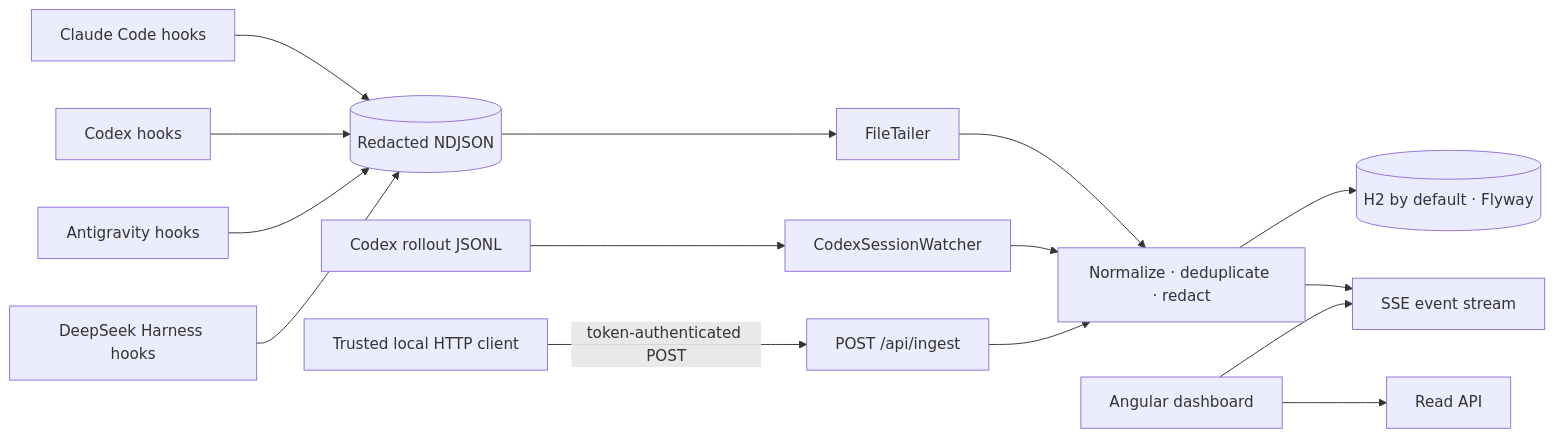
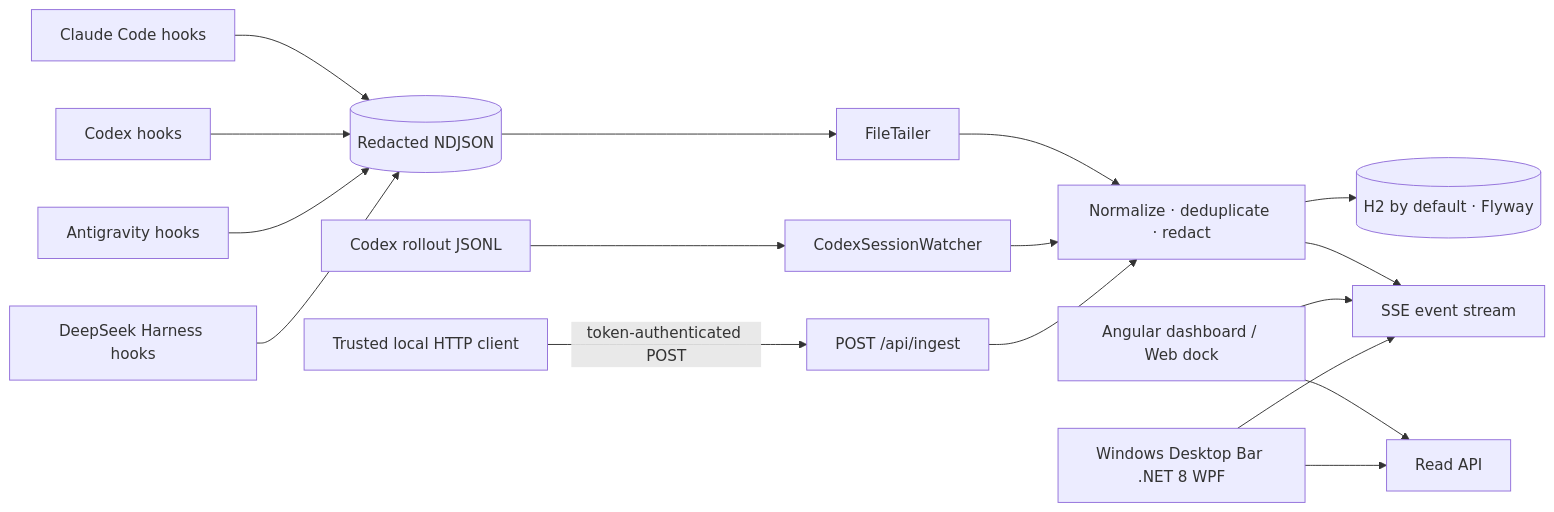
One commit to FerS00/Overseer changed the diagram in README.md. Above: the diagram before and after it, drawn with Mermaid. The commit also changed other lines of this file and 2 other files, not shown here.

Commit message:
docs: document desktop client in architecture, installation guide and preview notice

````diff
--- a/README.md
+++ b/README.md
@@ -104,17 +107,19 @@
 ```mermaid
 flowchart LR
     CH[Claude Code hooks] --> NDJSON[(Redacted NDJSON)]
     CX[Codex hooks] --> NDJSON
     AG[Antigravity hooks] --> NDJSON
     DS[DeepSeek Harness hooks] --> NDJSON
     NDJSON --> FT[FileTailer]
     CR[Codex rollout JSONL] --> CW[CodexSessionWatcher]
     FT --> ES[Normalize · deduplicate · redact]
     CW --> ES
     ES --> DB[(H2 by default · Flyway)]
     ES --> SSE[SSE event stream]
-    UI[Angular dashboard] --> API[Read API]
+    UI[Angular dashboard / Web dock] --> API[Read API]
     UI --> SSE
+    DESK[Windows Desktop Bar .NET 8 WPF] --> API
+    DESK --> SSE
     LC[Trusted local HTTP client] -->|token-authenticated POST| ING[POST /api/ingest]
     ING --> ES
 ```
````
